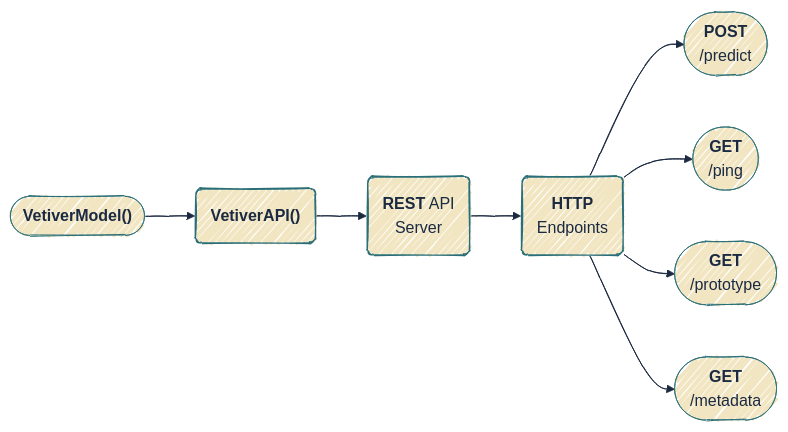
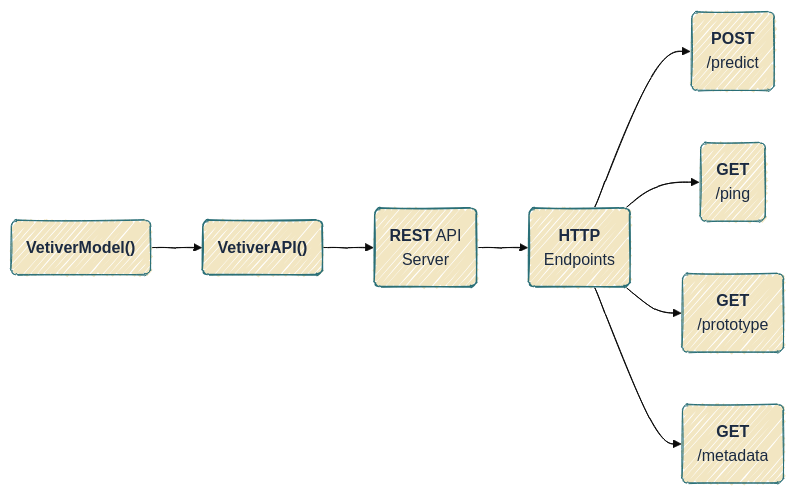
One commit to mjfrigaard/do4ds-labs changed the fifth of 5 diagrams in lab02.qmd. Above: the diagram before and after it, drawn with Mermaid. The commit also changed other lines of this file and 37 other files, not shown here.

Commit message:
updates to mermaid

````diff
--- a/lab02.qmd
+++ b/lab02.qmd
@@ -402,23 +414,24 @@
 ```{mermaid}
 %%| fig-cap: 'VetiverAPI()'
 %%| fig-align: center
-%%{init: {'theme': 'base', 'look': 'handDrawn', 'themeVariables': { 'fontFamily': 'monospace', "fontSize":"16px", 'primaryColor': '#F2E6C2', 'primaryBorderColor': '#2A6F77', 'primaryTextColor': '#1B2A41', 'secondaryColor': '#d4e7e4', 'tertiaryColor': '#f5f0e4', 'lineColor': '#1B2A41', 'edgeLabelBackground': '#F2E6C2'}}}%%
+%%{init: {'theme': 'base', 'look': 'handDrawn', 'themeVariables': {'fontFamily': 'monospace'}}}%%
 
 flowchart LR
-    VetMod(["<strong>VetiverModel()</strong>"]) --> VetAPI("<strong>VetiverAPI()</strong>")
+    VetMod("<strong>VetiverModel()</strong>") --> VetAPI("<strong>VetiverAPI()</strong>")
     VetAPI --> REST("<strong>REST</strong> API<br>Server")
     REST --> HttpEP("<strong>HTTP</strong><br>Endpoints")
     
-    HttpEP --> Post(["<strong>POST</strong><br>/predict"])
-    HttpEP --> GetPing(["<strong>GET</strong><br>/ping"])
-    HttpEP --> GetProto(["<strong>GET</strong><br>/prototype"])
-    HttpEP --> GetMeta(["<strong>GET</strong><br>/metadata"])
+    HttpEP --> Post("<strong>POST</strong><br>/predict")
+    HttpEP --> GetPing("<strong>GET</strong><br>/ping")
+    HttpEP --> GetProto("<strong>GET</strong><br>/prototype")
+    HttpEP --> GetMeta("<strong>GET</strong><br>/metadata")
 
     %% Style for outputs %%
     style VetMod stroke-width:1px, rx:10, ry:10, font-size:16px
     style Post stroke-width:1px, rx:10, ry:10, font-size:16px
     style GetPing stroke-width:1px, rx:10, ry:10, font-size:16px
     style GetProto stroke-width:1px, rx:10, ry:10, font-size:16px
     style GetMeta stroke-width:1px, rx:10, ry:10, font-size:16px
+    classDef default fill:#F2E6C2,stroke:#2A6F77,color:#1B2A41
 
 ```
````
